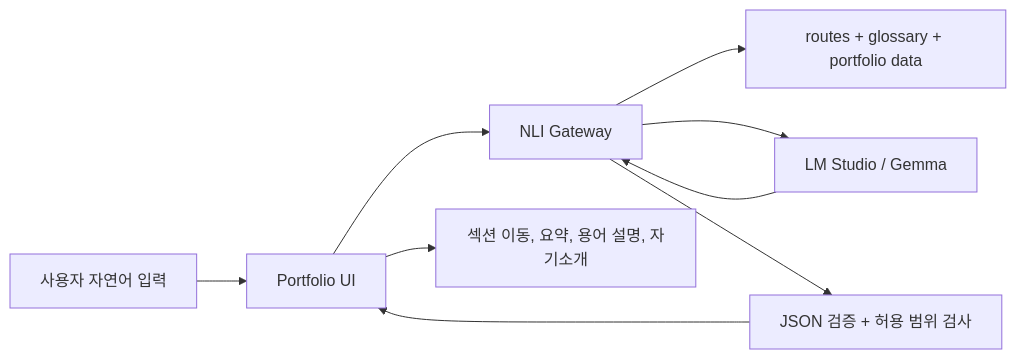
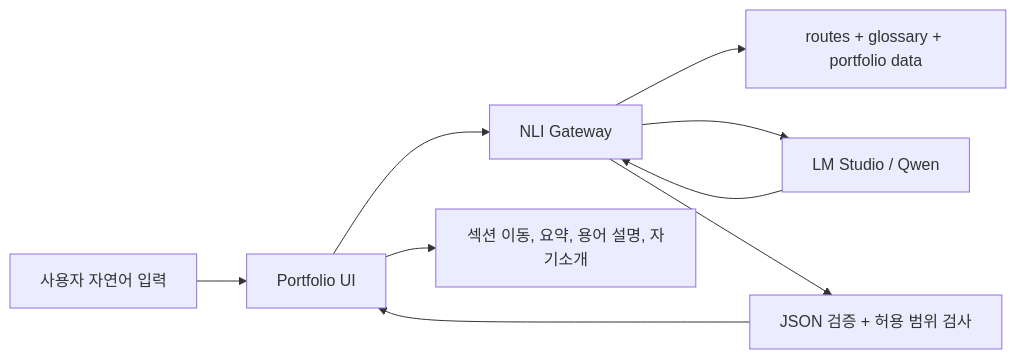
Before and after one commit to mixedsider/portfolio-nli: the diagram in docs/nli-mvp.md, drawn with Mermaid. The commit also changed other lines of this file and 25 other files, not shown here.

````diff
--- a/docs/nli-mvp.md
+++ b/docs/nli-mvp.md
@@ -39,11 +39,11 @@
 ```mermaid
 flowchart LR
   User["사용자 자연어 입력"] --> Frontend["Portfolio UI"]
   Frontend --> Gateway["NLI Gateway"]
   Gateway --> Context["routes + glossary + portfolio data"]
-  Gateway --> LMStudio["LM Studio / Gemma"]
+  Gateway --> LMStudio["LM Studio / Qwen"]
   LMStudio --> Gateway
   Gateway --> Guard["JSON 검증 + 허용 범위 검사"]
   Guard --> Frontend
   Frontend --> Action["섹션 이동, 요약, 용어 설명, 자기소개"]
 ```
````
